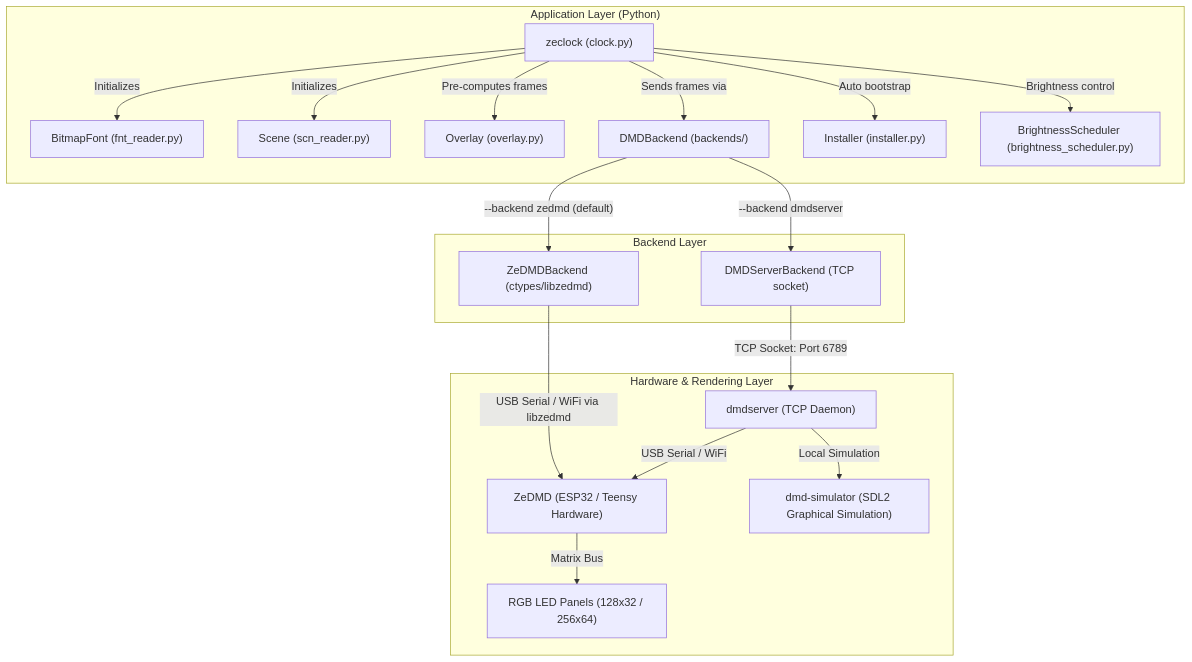
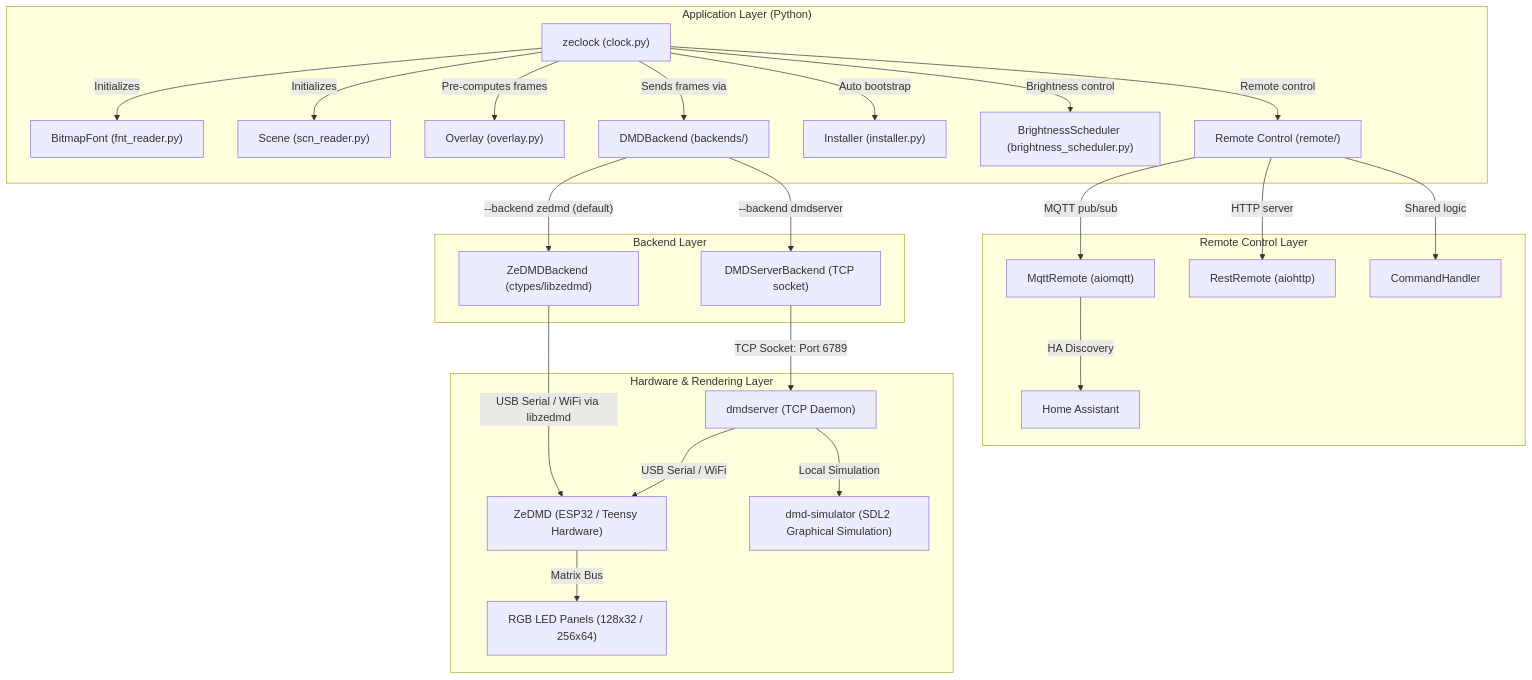
The first of 4 diagrams in docs/architecture.md (DMDTools/zeClock), drawn with Mermaid before and after one commit. The commit also changed other lines of this file and 12 other files, not shown here.

Commit message:
feat: now support MQTT and REST remote, reconnection improvements

````diff
--- a/docs/architecture.md
+++ b/docs/architecture.md
@@ -11,29 +11,37 @@
 ```mermaid
 graph TD
     subgraph "Application Layer (Python)"
         A["zeclock (clock.py)"] -->|Initializes| B["BitmapFont (fnt_reader.py)"]
         A -->|Initializes| C["Scene (scn_reader.py)"]
         A -->|Pre-computes frames| D["Overlay (overlay.py)"]
         A -->|Sends frames via| E["DMDBackend (backends/)"]
         A -->|Auto bootstrap| F2["Installer (installer.py)"]
         A -->|Brightness control| BS["BrightnessScheduler (brightness_scheduler.py)"]
+        A -->|Remote control| RC["Remote Control (remote/)"]
+    end
+
+    subgraph "Remote Control Layer"
+        RC -->|MQTT pub/sub| MQTT["MqttRemote (aiomqtt)"]
+        RC -->|HTTP server| REST["RestRemote (aiohttp)"]
+        RC -->|Shared logic| CMD["CommandHandler"]
+        MQTT -->|HA Discovery| HA["Home Assistant"]
     end
 
     subgraph "Backend Layer"
         E -->|"--backend zedmd (default)"| E1["ZeDMDBackend (ctypes/libzedmd)"]
         E -->|"--backend dmdserver"| E2["DMDServerBackend (TCP socket)"]
     end
 
     subgraph "Hardware & Rendering Layer"
         G["ZeDMD (ESP32 / Teensy Hardware)"]
         H["RGB LED Panels (128x32 / 256x64)"]
         I["dmd-simulator (SDL2 Graphical Simulation)"]
         F["dmdserver (TCP Daemon)"]
     end
 
     E1 -->|USB Serial / WiFi via libzedmd| G
     E2 -->|TCP Socket: Port 6789| F
     F -->|USB Serial / WiFi| G
     G -->|Matrix Bus| H
     F -->|Local Simulation| I
 ```
````
